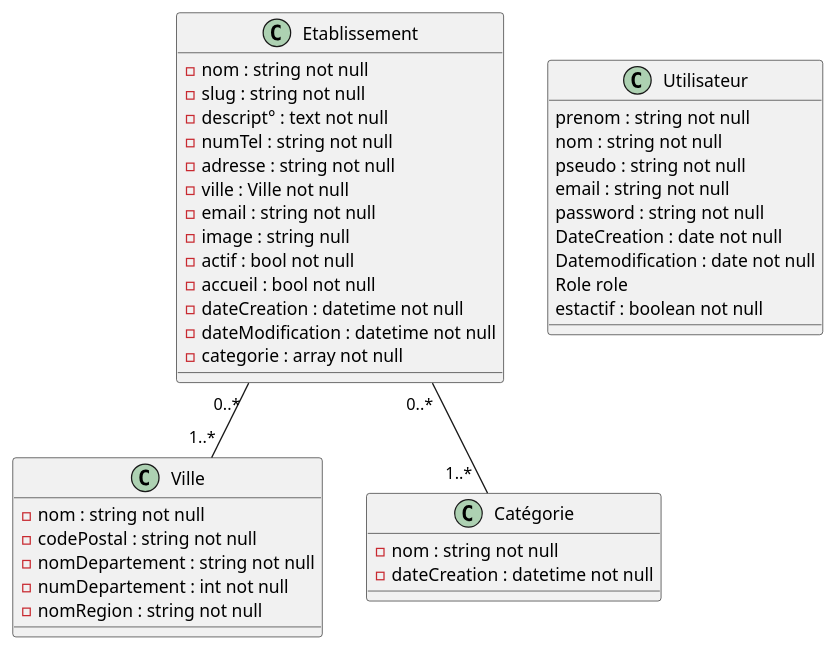
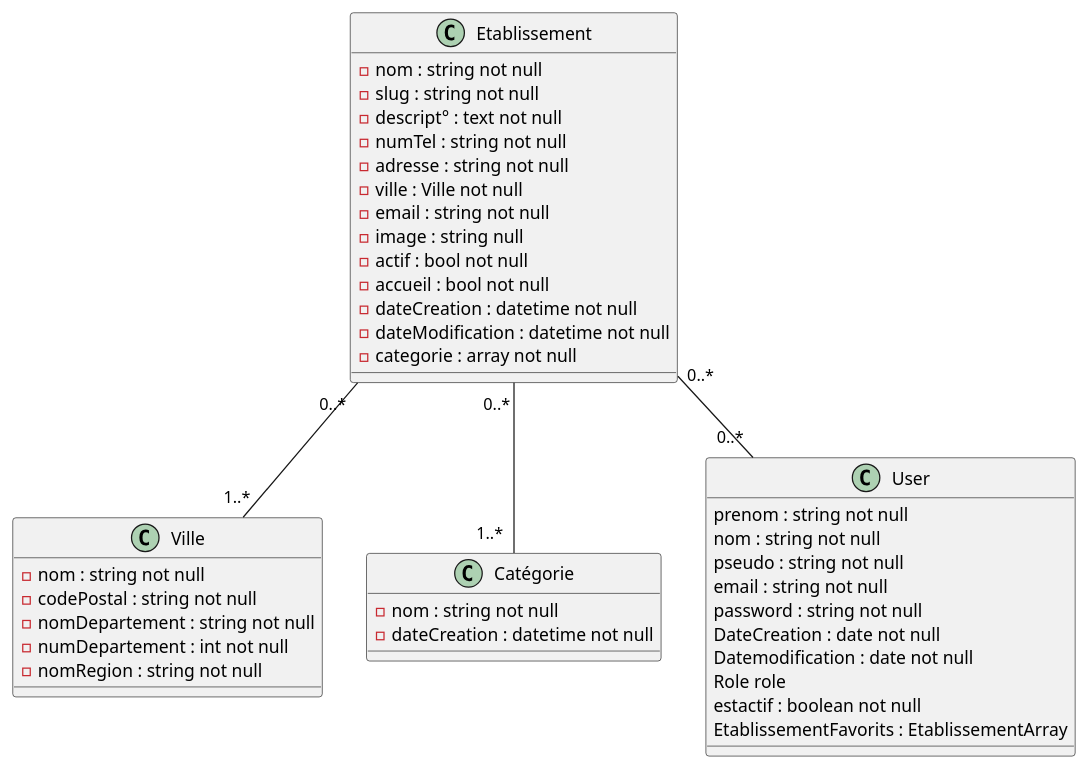
The diagram in documentation/Diagramme de classe.puml (PaulEtignard/FCTourisme2), drawn with PlantUML before and after one commit. The commit also changed 8 other files, not shown here.

```diff
--- a/documentation/Diagramme de classe.puml
+++ b/documentation/Diagramme de classe.puml
@@ -1,55 +1,57 @@
 @startuml
 'https://plantuml.com/class-diagram
 
 class Etablissement {
 
 -nom : string not null
 -slug : string not null
 -descript° : text not null
 -numTel : string not null
 -adresse : string not null
 -ville : Ville not null
 -email : string not null
 -image : string null
 -actif : bool not null
 -accueil : bool not null
 -dateCreation : datetime not null
 -dateModification : datetime not null
 -categorie : array not null
 
 }
 
 class Ville {
 
 -nom : string not null
 -codePostal : string not null
 -nomDepartement : string not null
 -numDepartement : int not null
 -nomRegion : string not null
 
 }
 
 class Catégorie {
 
 -nom : string not null
 -dateCreation : datetime not null
 
 }
 
 
-class Utilisateur {
+class User {
 
 prenom : string not null
 nom : string not null
 pseudo : string not null
 email : string not null
 password : string not null
 DateCreation : date not null
 Datemodification : date not null
 Role role
 estactif : boolean not null
+EtablissementFavorits : EtablissementArray
 }
 
 Etablissement "0..* " -- "1..*  "Catégorie
 Etablissement "0..* "-- "1..*"Ville
+Etablissement "0..*"--"0..*"User
 @enduml
```
